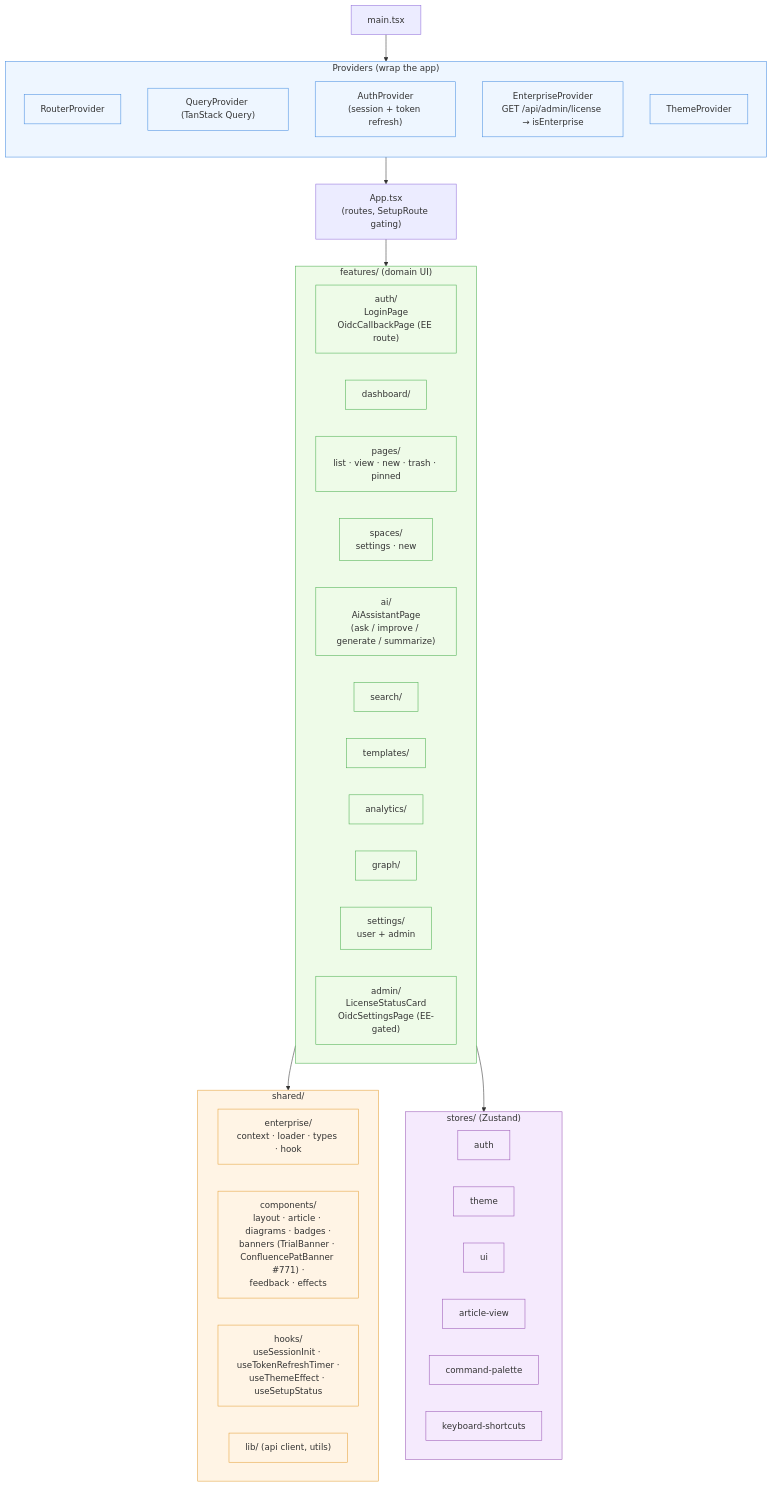
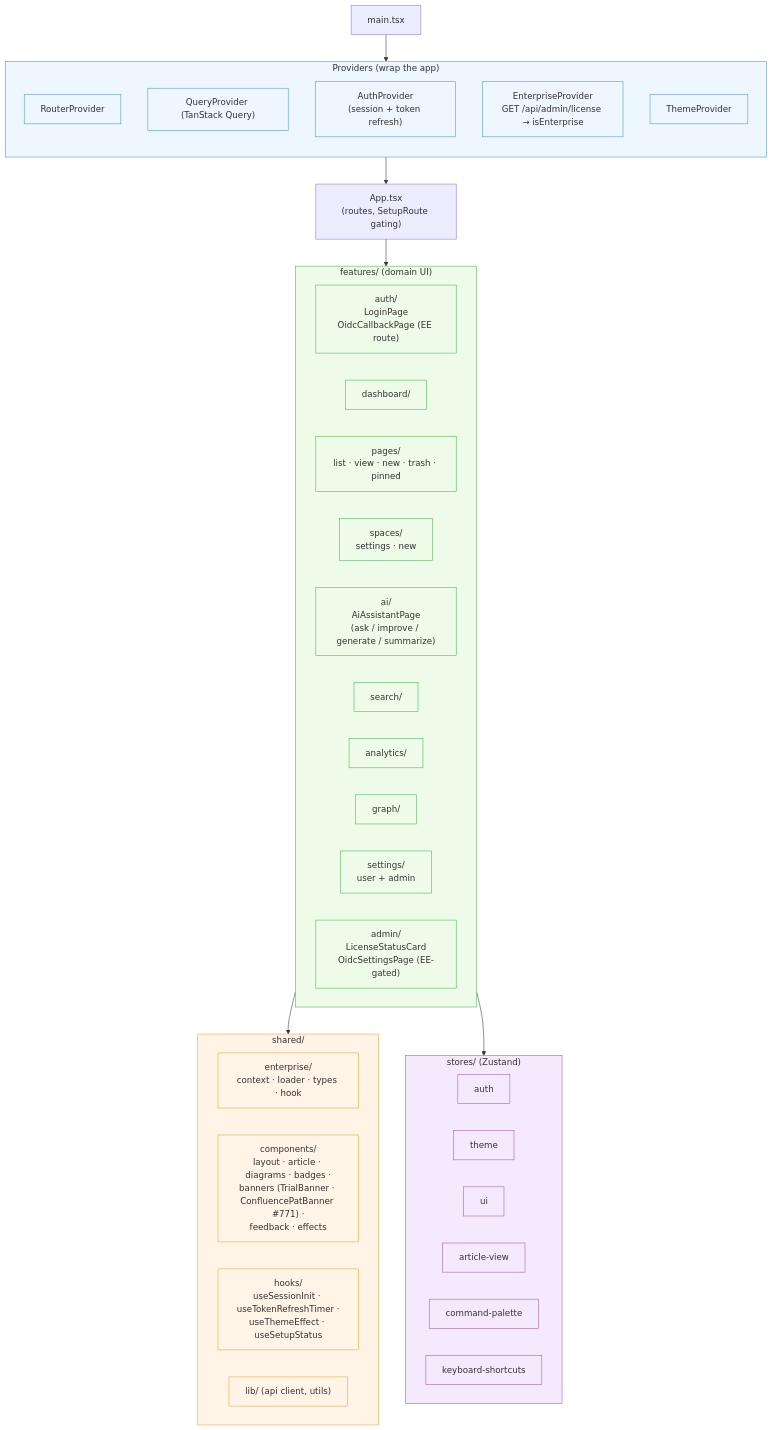
The first of 2 diagrams in docs/architecture/04-frontend-structure.md (Compendiq/compendiq-ce), drawn with Mermaid before and after one commit. The commit also changed 9 other files, not shown here.

````diff
--- a/docs/architecture/04-frontend-structure.md
+++ b/docs/architecture/04-frontend-structure.md
@@ -8,63 +8,62 @@
 ```mermaid
 flowchart TB
     main["main.tsx"]
 
     subgraph providers["Providers (wrap the app)"]
         direction TB
         rp["RouterProvider"]
         qp["QueryProvider (TanStack Query)"]
         ap["AuthProvider<br/>(session + token refresh)"]
         ep["EnterpriseProvider<br/>GET /api/admin/license → isEnterprise"]
         tp["ThemeProvider"]
     end
 
     main --> providers
     providers --> app["App.tsx<br/>(routes, SetupRoute gating)"]
 
     subgraph features["features/ (domain UI)"]
         direction LR
         fAuth["auth/<br/>LoginPage<br/>OidcCallbackPage (EE route)"]
         fDash["dashboard/"]
         fPages["pages/<br/>list · view · new · trash · pinned"]
         fSpaces["spaces/<br/>settings · new"]
         fAI["ai/<br/>AiAssistantPage<br/>(ask / improve / generate / summarize)"]
         fSearch["search/"]
-        fTempl["templates/"]
         fAnalytics["analytics/"]
         fGraph["graph/"]
         fSettings["settings/<br/>user + admin"]
         fAdmin["admin/<br/>LicenseStatusCard<br/>OidcSettingsPage (EE-gated)"]
     end
 
     app --> features
 
     subgraph shared["shared/"]
         direction LR
         sEnt["enterprise/<br/>context · loader · types · hook"]
         sComp["components/<br/>layout · article · diagrams · badges ·<br/>banners (TrialBanner · ConfluencePatBanner #771) ·<br/>feedback · effects"]
         sHooks["hooks/<br/>useSessionInit · useTokenRefreshTimer ·<br/>useThemeEffect · useSetupStatus"]
         sLib["lib/ (api client, utils)"]
     end
 
     features --> shared
 
     subgraph stores["stores/ (Zustand)"]
         zAuth["auth"]
         zTheme["theme"]
         zUI["ui"]
         zAV["article-view"]
         zCmd["command-palette"]
         zKb["keyboard-shortcuts"]
     end
 
     features --> stores
 
     classDef prov fill:#eef6ff,stroke:#4a90e2
     classDef feat fill:#eefbe8,stroke:#4caf50
     classDef sh fill:#fff4e5,stroke:#e5a23c
     classDef st fill:#f5eafd,stroke:#9b59b6
     class providers,rp,qp,ap,ep,tp prov
-    class features,fAuth,fDash,fPages,fSpaces,fAI,fSearch,fKR,fTempl,fAnalytics,fGraph,fSettings,fAdmin feat
+    class features,fAuth,fDash,fPages,fSpaces,fAI,fSearch,fAnalytics,fGraph,fSettings,fAdmin feat
     class shared,sEnt,sComp,sHooks,sLib sh
     class stores,zAuth,zTheme,zUI,zAV,zCmd,zKb st
 ```
````
